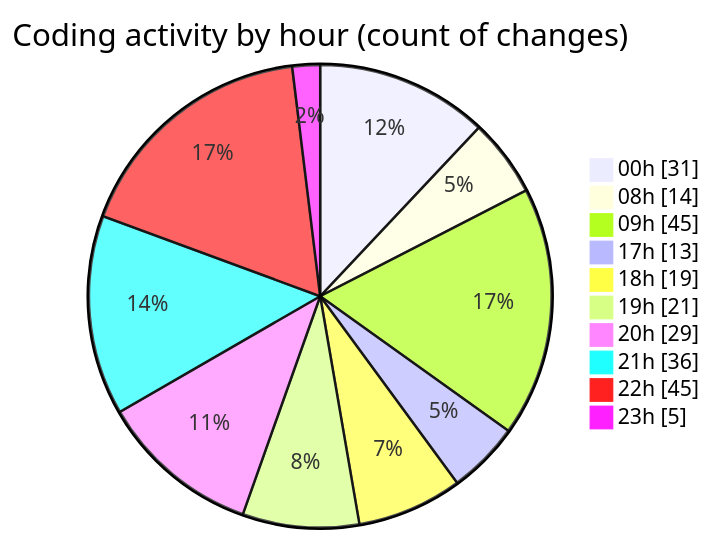
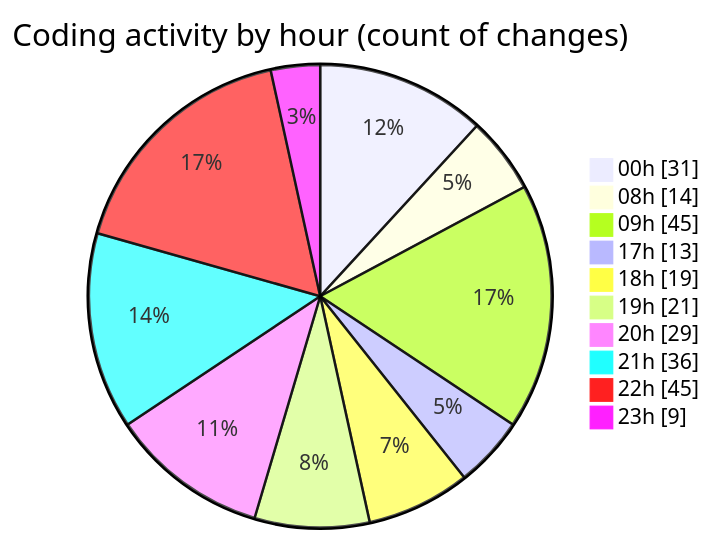
Before and after one commit to lephambinh05/code-tracking: the second of 2 diagrams in 2025-08-03/studybuddy/README.md, drawn with Mermaid. The commit also changed other lines of this file and 1 other file, not shown here.

````diff
--- a/2025-08-03/studybuddy/README.md
+++ b/2025-08-03/studybuddy/README.md
@@ -103,14 +103,14 @@
 ```mermaid
 pie showData
 title Coding activity by hour (count of changes)
 "00h" : 31
 "08h" : 14
 "09h" : 45
 "17h" : 13
 "18h" : 19
 "19h" : 21
 "20h" : 29
 "21h" : 36
 "22h" : 45
-"23h" : 5
+"23h" : 9
 ```
````
